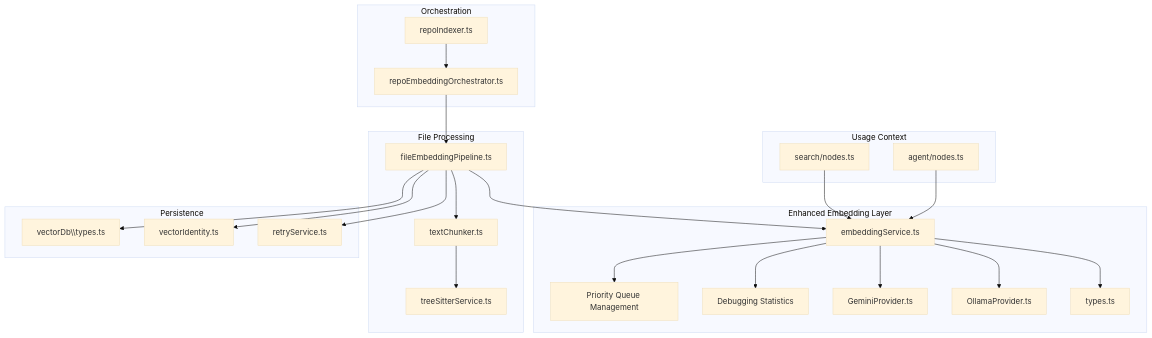
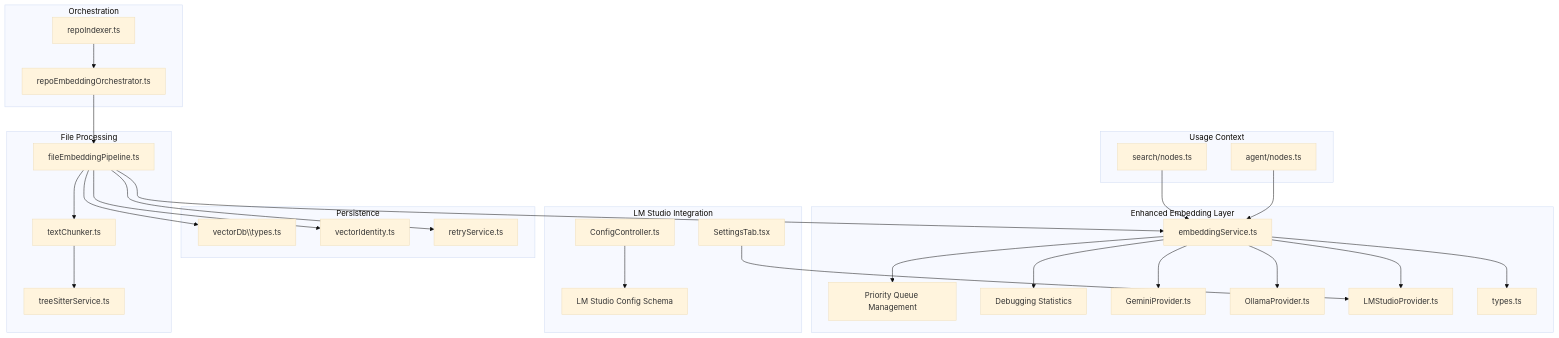
The first of 9 diagrams in .qoder/repowiki/en/content/Indexing and Search System/File Embedding Pipeline.md (bramburn/repomix-runner), drawn with Mermaid (base theme) before and after one commit. The commit also changed other lines of this file and 19 other files, not shown here.

````diff
--- a/.qoder/repowiki/en/content/Indexing and Search System/File Embedding Pipeline.md
+++ b/.qoder/repowiki/en/content/Indexing and Search System/File Embedding Pipeline.md
@@ -63,44 +69,53 @@
 ```mermaid
 graph TB
 subgraph "Orchestration"
 RI["repoIndexer.ts"]
 REO["repoEmbeddingOrchestrator.ts"]
 end
 subgraph "File Processing"
 FEP["fileEmbeddingPipeline.ts"]
 TC["textChunker.ts"]
 TS["treeSitterService.ts"]
 end
 subgraph "Enhanced Embedding Layer"
 ES["embeddingService.ts"]
 ESQ["Priority Queue Management"]
 ESD["Debugging Statistics"]
 GP["GeminiProvider.ts"]
 OP["OllamaProvider.ts"]
+LP["LMStudioProvider.ts"]
 ET["types.ts"]
 end
 subgraph "Persistence"
 VDT["vectorDb\\types.ts"]
 VID["vectorIdentity.ts"]
 RS["retryService.ts"]
+end
+subgraph "LM Studio Integration"
+WSC["ConfigController.ts"]
+WSS["SettingsTab.tsx"]
+LMS["LM Studio Config Schema"]
 end
 subgraph "Usage Context"
 SEARCH["search/nodes.ts"]
 AGENT["agent/nodes.ts"]
 end
 RI --> REO
 REO --> FEP
 FEP --> TC
 TC --> TS
 FEP --> ES
 ES --> ESQ
 ES --> ESD
 ES --> GP
 ES --> OP
+ES --> LP
 ES --> ET
 FEP --> VDT
 FEP --> VID
 FEP --> RS
 SEARCH --> ES
 AGENT --> ES
+WSC --> LMS
+WSS --> LP
 ```
````
